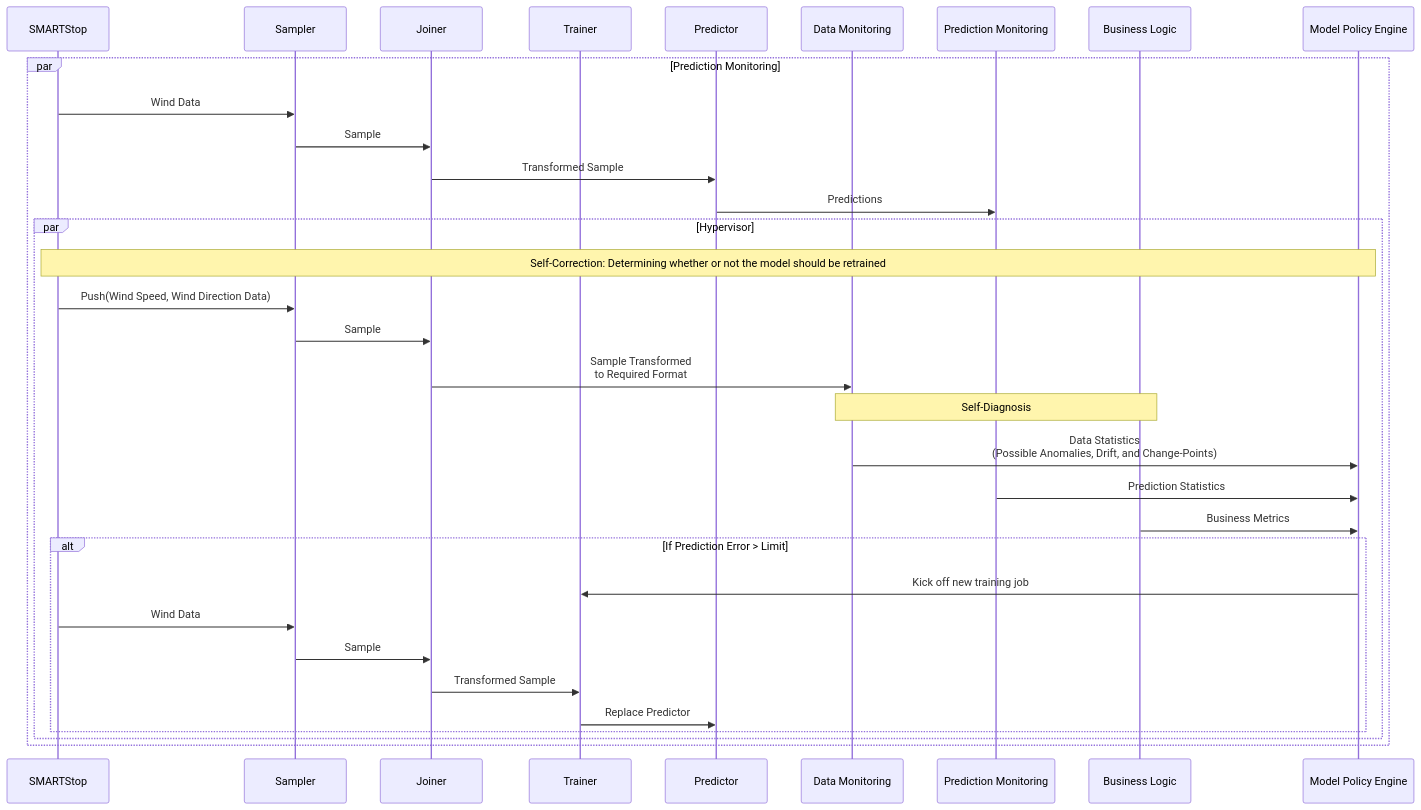
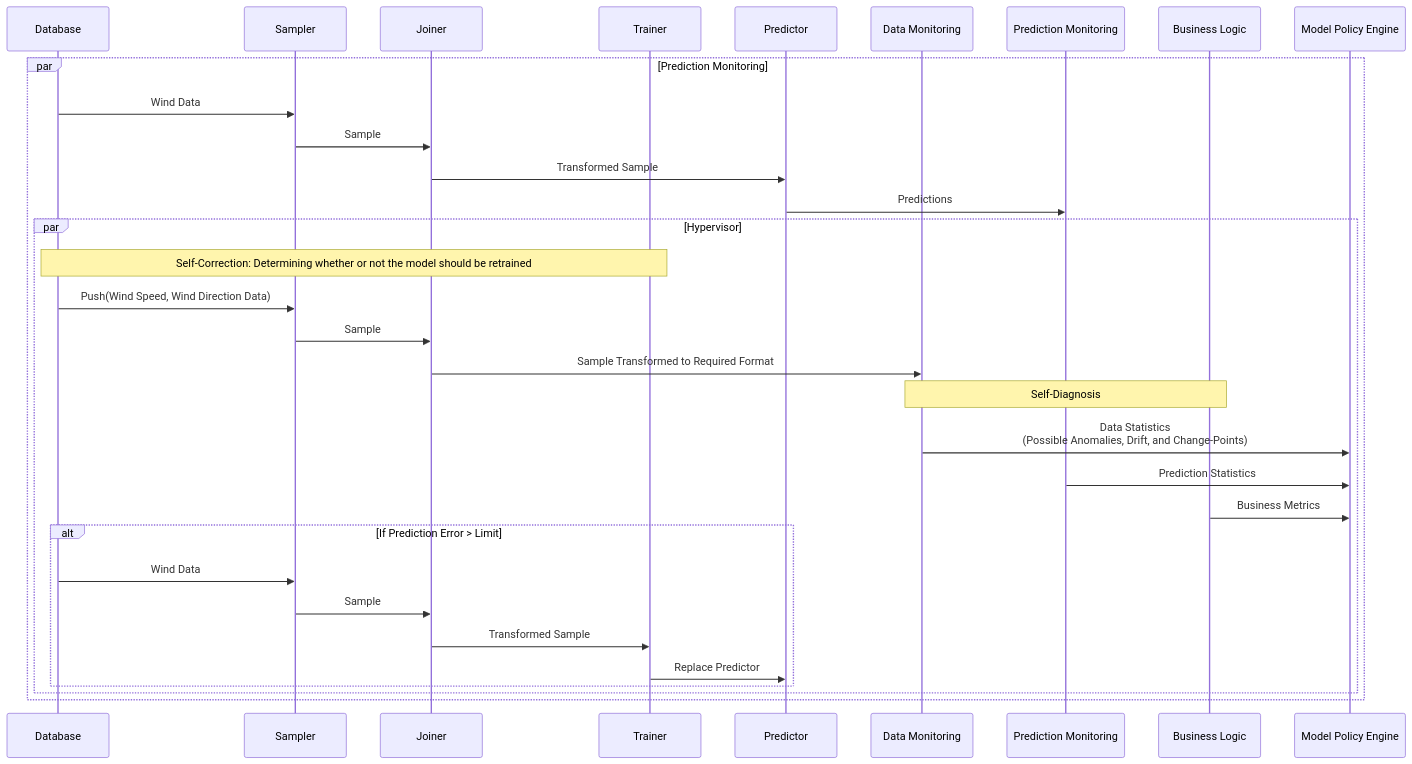
The second of 2 diagrams in system_design_diagrams.md (hannahmehravari/dissertation), drawn with Mermaid before and after one commit.

````diff
--- a/system_design_diagrams.md
+++ b/system_design_diagrams.md
@@ -46,35 +46,34 @@
 ```mermaid
 sequenceDiagram
-    participant SMARTStop
+    participant Database
     participant Sampler
     participant Joiner
     participant Trainer
     participant Predictor
     participant Data Monitoring
     participant Prediction Monitoring
     participant Business Logic
     participant Model Policy Engine
     par Prediction Monitoring
-    SMARTStop->>Sampler:Wind Data
+    Database->>Sampler:Wind Data
     Sampler->>Joiner:Sample 
     Joiner->>Predictor:Transformed Sample
     Predictor->>Prediction Monitoring:Predictions
     par Hypervisor
-    Note over SMARTStop, Model Policy Engine: Self-Correction: Determining whether or not the model should be retrained
-    SMARTStop->>Sampler:Push(Wind Speed, Wind Direction Data)
+    Note over Database, Trainer: Self-Correction: Determining whether or not the model should be retrained
+    Database->>Sampler:Push(Wind Speed, Wind Direction Data)
     Sampler->>Joiner:Sample 
-    Joiner->>Data Monitoring:Sample Transformed<br>to Required Format
+    Joiner->>Data Monitoring:Sample Transformed to Required Format
     Note over Data Monitoring,Business Logic: Self-Diagnosis
     Data Monitoring->>Model Policy Engine:Data Statistics<br>(Possible Anomalies, Drift, and Change-Points)
     Prediction Monitoring->>Model Policy Engine:Prediction Statistics   
     Business Logic->>Model Policy Engine: Business Metrics
     alt If Prediction Error > Limit
-    Model Policy Engine->>Trainer: Kick off new training job
-    SMARTStop->>Sampler:Wind Data
+    Database->>Sampler:Wind Data
     Sampler->>Joiner:Sample 
     Joiner->>Trainer:Transformed Sample
     Trainer->>Predictor: Replace Predictor
     end
     end
     end
 ```
````
